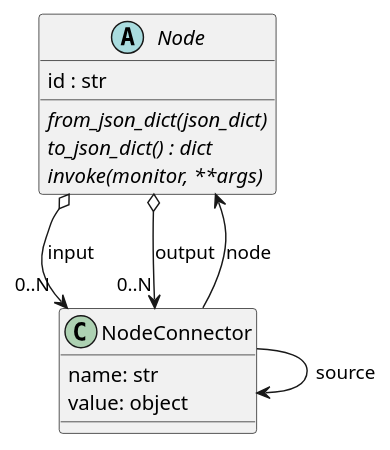
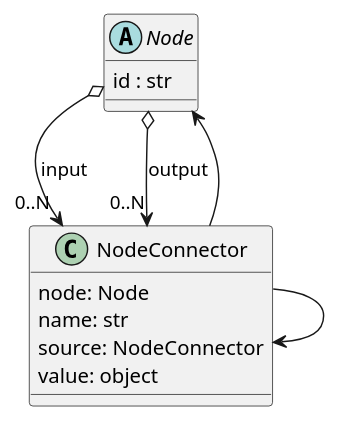
One commit to CCI-Tools/cate changed the diagram in doc/source/uml/workflow_node_connector.puml. Above: the diagram before and after it, drawn with PlantUML. The commit also changed 3 other files, not shown here.

Commit message:
architecture update

```diff
--- a/doc/source/uml/workflow_node_connector.puml
+++ b/doc/source/uml/workflow_node_connector.puml
@@ -1,21 +1,21 @@
 @startuml
 
 
 abstract class Node {
     id : str
-    {abstract} from_json_dict(json_dict)
-    {abstract} to_json_dict() : dict
-    {abstract} invoke(monitor, **args)
 }
 
 class NodeConnector {
+    node: Node
     name: str
+    source: NodeConnector
     value: object
 }
 
 Node o--> "0..N" NodeConnector : input
 Node o--> "0..N" NodeConnector : output
-NodeConnector --> Node : node
-NodeConnector --> NodeConnector : source
+
+NodeConnector --> NodeConnector
+NodeConnector --> Node
 
 @enduml
```
